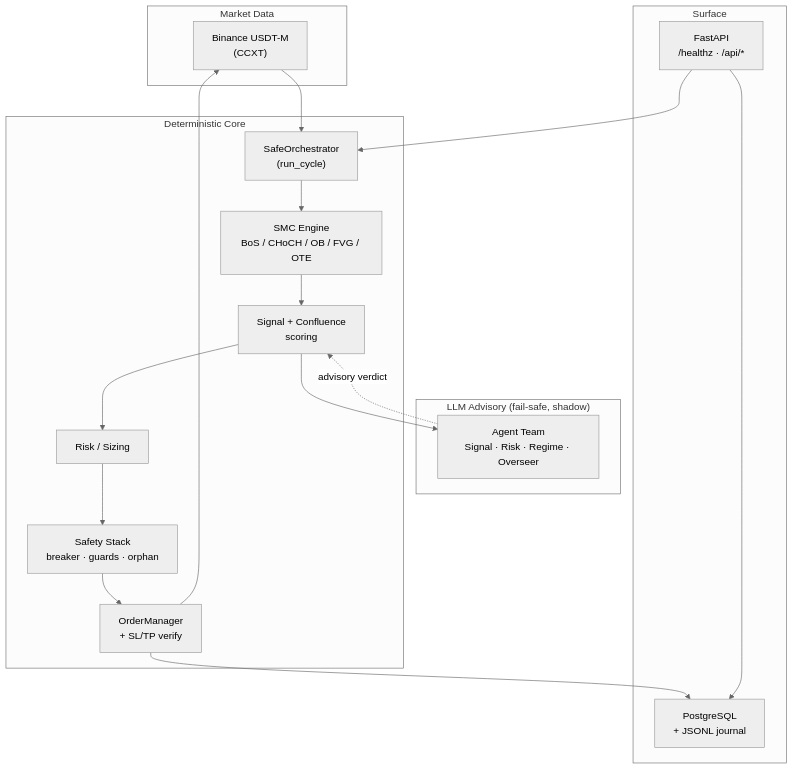
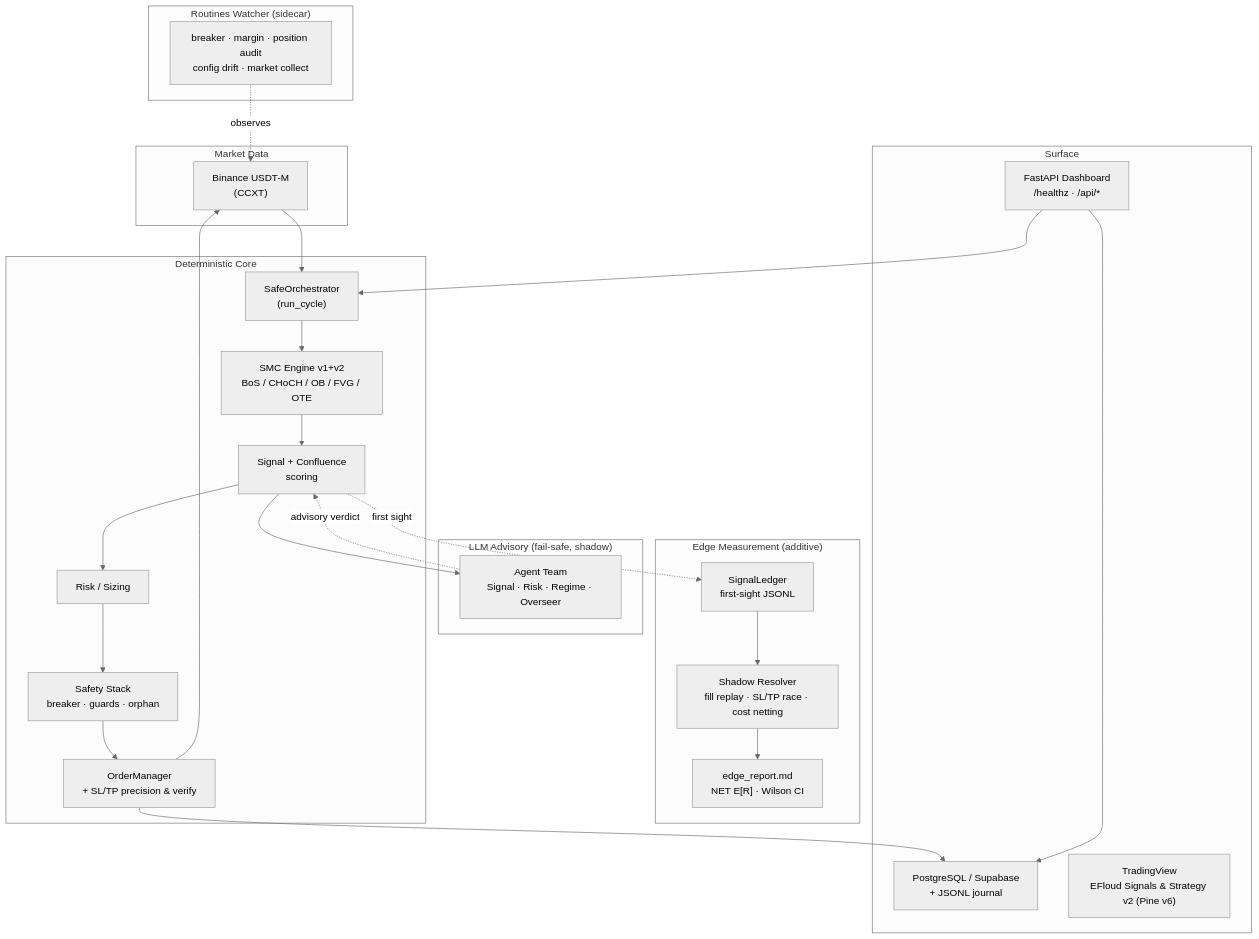
One commit to Leblepito/efloud-bot changed the first of 2 diagrams in README.md. Above: the diagram before and after it, drawn with Mermaid (neutral theme). The commit also changed other lines of this file and 4 other files, not shown here.

````diff
--- a/README.md
+++ b/README.md
@@ -34,27 +44,38 @@
 ```mermaid
 flowchart TD
     subgraph Data["Market Data"]
         EX["Binance USDT-M\n(CCXT)"]
     end
     subgraph Core["Deterministic Core"]
         ORCH["SafeOrchestrator\n(run_cycle)"]
-        SMC["SMC Engine\nBoS / CHoCH / OB / FVG / OTE"]
+        SMC["SMC Engine v1+v2\nBoS / CHoCH / OB / FVG / OTE"]
         SIG["Signal + Confluence\nscoring"]
         RISK["Risk / Sizing"]
         SAFE["Safety Stack\nbreaker · guards · orphan"]
-        OM["OrderManager\n+ SL/TP verify"]
+        OM["OrderManager\n+ SL/TP precision & verify"]
+    end
+    subgraph Edge["Edge Measurement (additive)"]
+        LED["SignalLedger\nfirst-sight JSONL"]
+        RES["Shadow Resolver\nfill replay · SL/TP race · cost netting"]
+        REP["edge_report.md\nNET E[R] · Wilson CI"]
+    end
+    subgraph Watch["Routines Watcher (sidecar)"]
+        RW["breaker · margin · position audit\nconfig drift · market collect"]
     end
     subgraph Advisory["LLM Advisory (fail-safe, shadow)"]
         AT["Agent Team\nSignal · Risk · Regime · Overseer"]
     end
     subgraph Surface["Surface"]
-        API["FastAPI\n/healthz · /api/*"]
-        DB["PostgreSQL\n+ JSONL journal"]
+        API["FastAPI Dashboard\n/healthz · /api/*"]
+        DB["PostgreSQL / Supabase\n+ JSONL journal"]
+        TV["TradingView\nEFloud Signals & Strategy v2 (Pine v6)"]
     end
     EX --> ORCH --> SMC --> SIG --> AT
     SIG --> RISK --> SAFE --> OM --> EX
+    SIG -. first sight .-> LED --> RES --> REP
     AT -. advisory verdict .-> SIG
     OM --> DB
     API --> ORCH
     API --> DB
+    RW -. observes .-> EX
 ```
````
